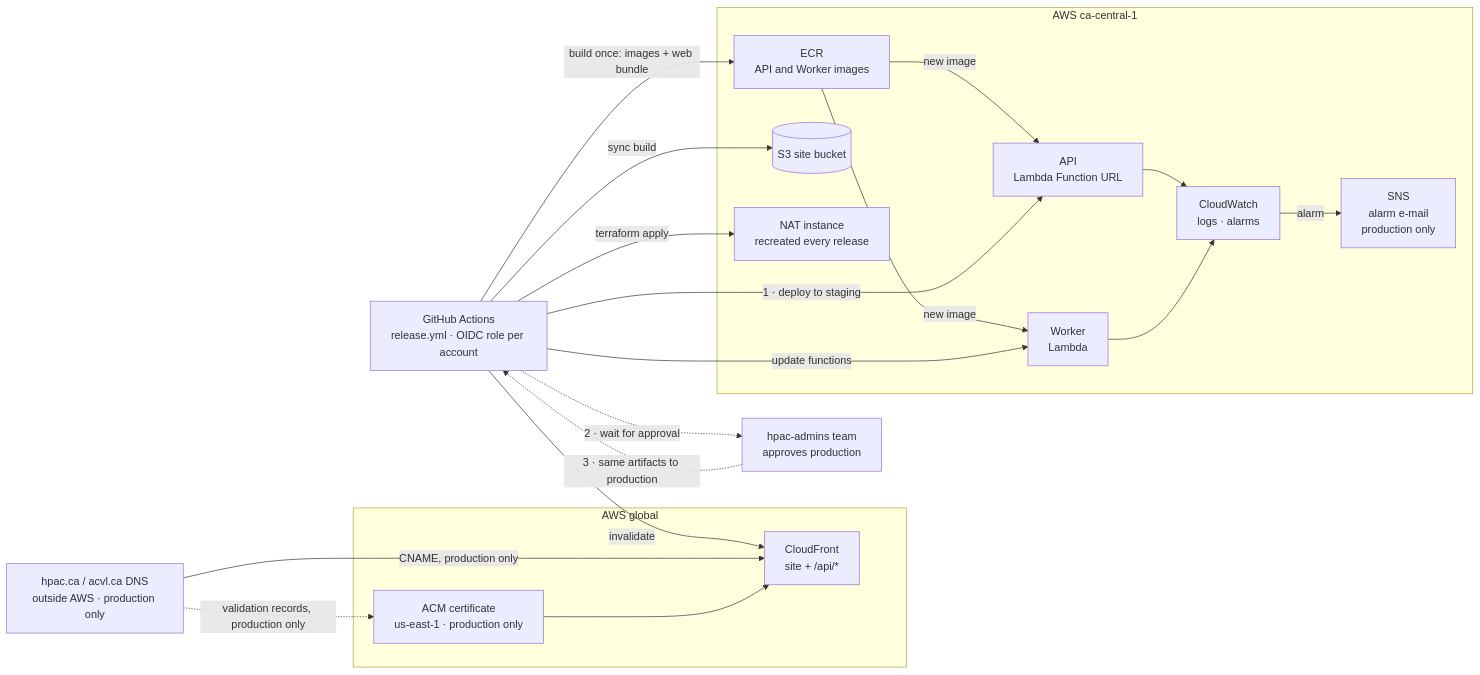
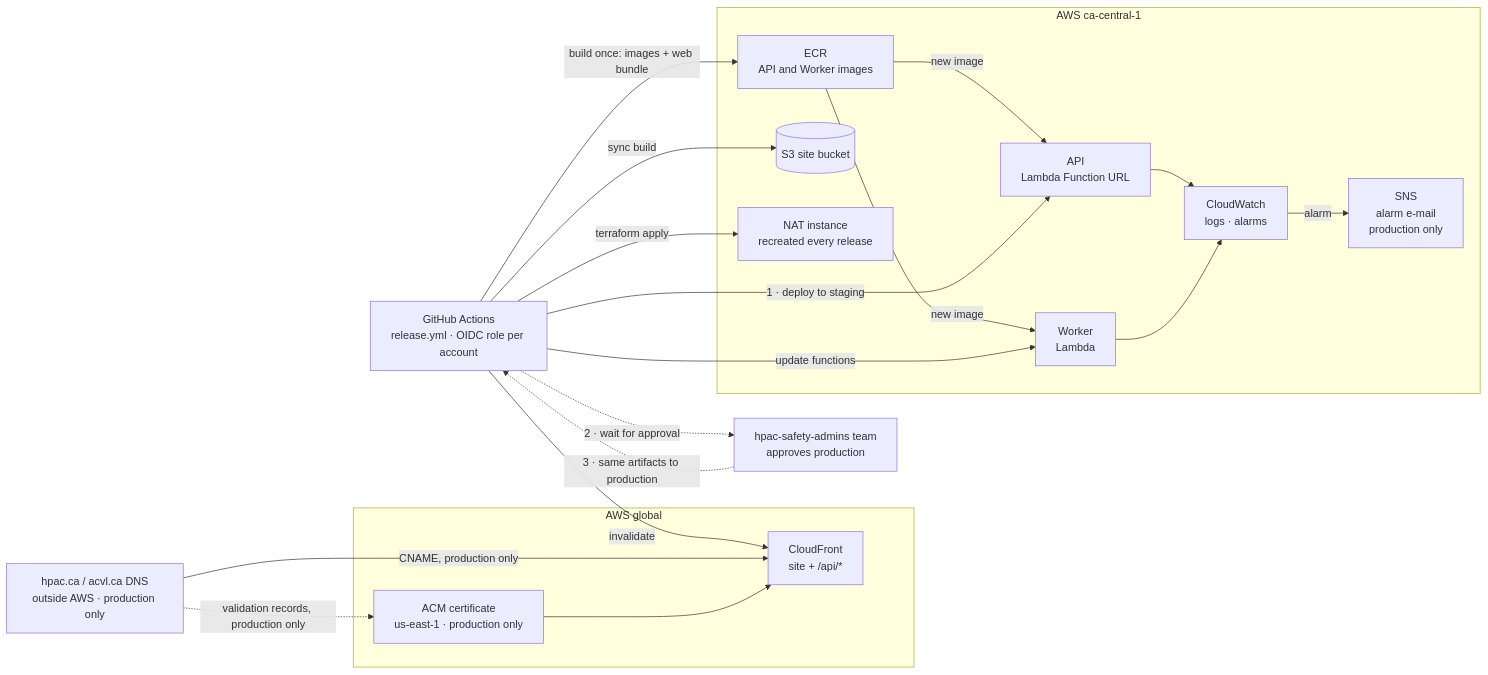
Before and after one commit to HPAC-Safety/safety-report: the third of 3 diagrams in docs/infrastructure-and-operations.md, drawn with Mermaid. The commit also changed other lines of this file and 4 other files, not shown here.

First line of the commit message:
Rename hpac-admins/hpac-staging/hpac-production to hpac-safety- prefix (#592)

````diff
--- a/docs/infrastructure-and-operations.md
+++ b/docs/infrastructure-and-operations.md
@@ -113,38 +113,38 @@
 ```mermaid
 flowchart LR
     gha["GitHub Actions<br/>release.yml · OIDC role per account"]
     dns["hpac.ca / acvl.ca DNS<br/>outside AWS · production only"]
-    admins["hpac-admins team<br/>approves production"]
+    admins["hpac-safety-admins team<br/>approves production"]
 
     subgraph global["AWS global"]
         cf["CloudFront<br/>site + /api/*"]
         acmglobal["ACM certificate<br/>us-east-1 · production only"]
     end
 
     subgraph region["AWS ca-central-1"]
         ecr["ECR<br/>API and Worker images"]
         api["API<br/>Lambda Function URL"]
         worker["Worker<br/>Lambda"]
         site[("S3 site bucket")]
         watch["CloudWatch<br/>logs · alarms"]
         sns["SNS<br/>alarm e-mail<br/>production only"]
         nat["NAT instance<br/>recreated every release"]
     end
 
     gha -->|"build once: images + web bundle"| ecr
     ecr -->|"new image"| api
     ecr -->|"new image"| worker
     gha -->|"1 · deploy to staging"| api
     gha -->|"terraform apply"| nat
     gha -->|"update functions"| worker
     gha -->|"sync build"| site
     gha -->|"invalidate"| cf
     gha -.->|"2 · wait for approval"| admins
     admins -.->|"3 · same artifacts to production"| gha
     dns -->|"CNAME, production only"| cf
     dns -.->|"validation records, production only"| acmglobal
     acmglobal --> cf
     api --> watch
     worker --> watch
     watch -->|"alarm"| sns
 ```
````
